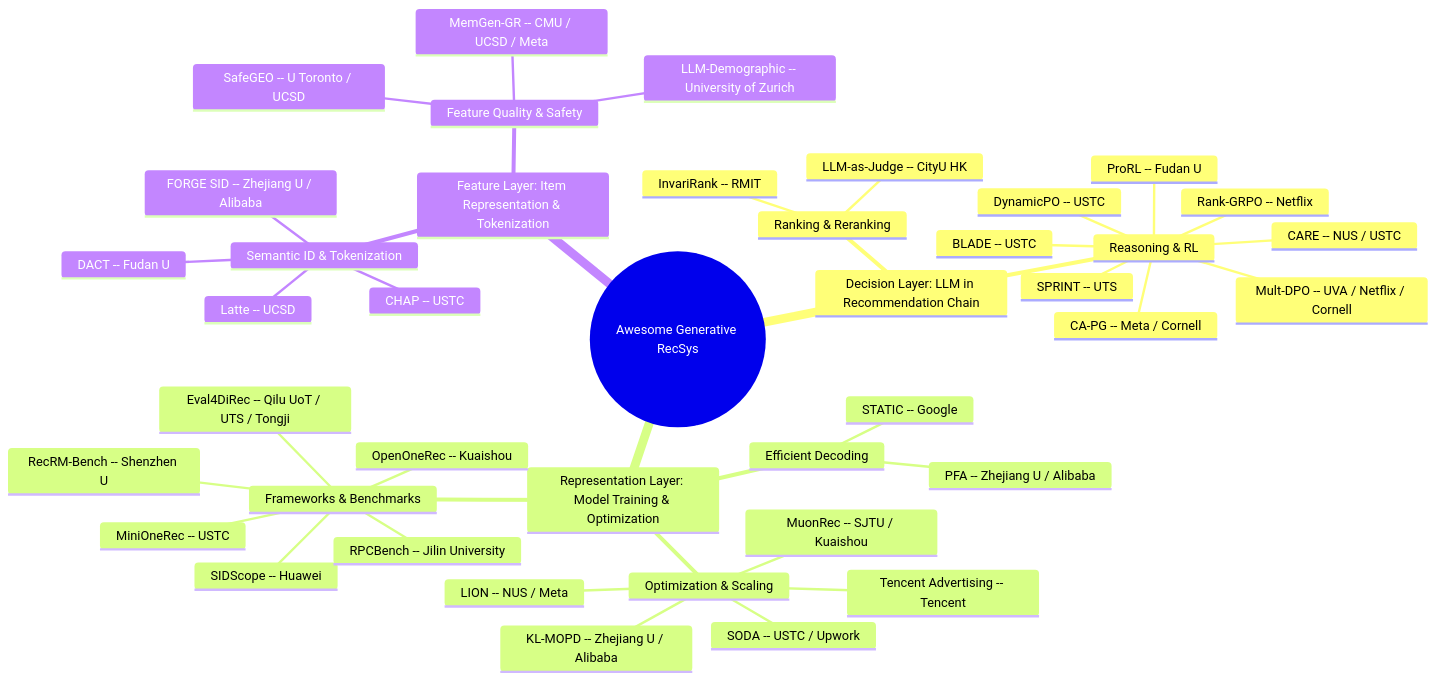
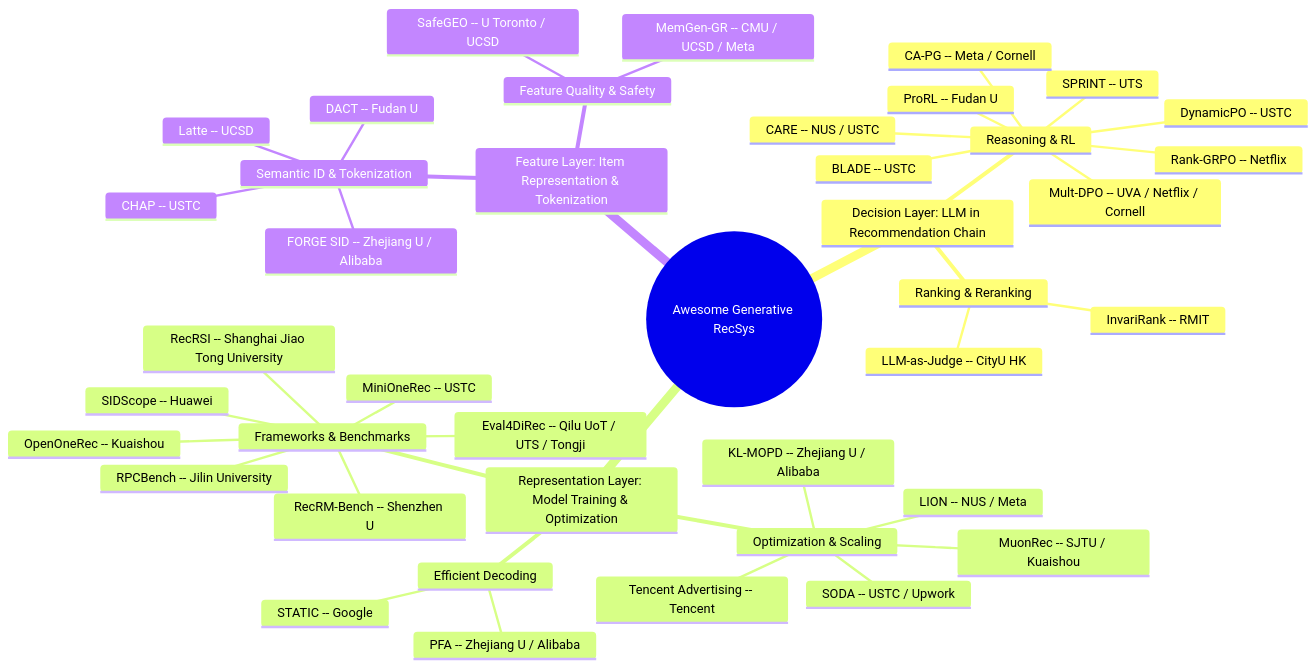
The diagram in README.md (HaFred/awesome-generative-recsys), drawn with Mermaid before and after one commit. The commit also changed other lines of this file and 3 other files, not shown here.

Commit message:
opensource: RecRSI mechanism-guided recsys discovery (SJTU, 7/10) + 5 gen-rec papers (Nov 02)

````diff
--- a/README.md
+++ b/README.md
@@ -30,44 +30,44 @@
 ```mermaid
 mindmap
   root((Awesome Generative RecSys))
     Decision Layer: LLM in Recommendation Chain
       Reasoning & RL
         Rank-GRPO -- Netflix
         DynamicPO -- USTC
         BLADE -- USTC
         SPRINT -- UTS
         CARE -- NUS / USTC
         Mult-DPO -- UVA / Netflix / Cornell
         CA-PG -- Meta / Cornell
         ProRL -- Fudan U
       Ranking & Reranking
         InvariRank -- RMIT
         LLM-as-Judge -- CityU HK
     Representation Layer: Model Training & Optimization
       Frameworks & Benchmarks
         MiniOneRec -- USTC
         OpenOneRec -- Kuaishou
         RecRM-Bench -- Shenzhen U
         SIDScope -- Huawei
         RPCBench -- Jilin University
         Eval4DiRec -- Qilu UoT / UTS / Tongji
+        RecRSI -- Shanghai Jiao Tong University
       Efficient Decoding
         STATIC -- Google
         PFA -- Zhejiang U / Alibaba
       Optimization & Scaling
         MuonRec -- SJTU / Kuaishou
         Tencent Advertising -- Tencent
         LION -- NUS / Meta
         KL-MOPD -- Zhejiang U / Alibaba
         SODA -- USTC / Upwork
     Feature Layer: Item Representation & Tokenization
       Semantic ID & Tokenization
         Latte -- UCSD
         FORGE SID -- Zhejiang U / Alibaba
         DACT -- Fudan U
         CHAP -- USTC
       Feature Quality & Safety
         SafeGEO -- U Toronto / UCSD
         MemGen-GR -- CMU / UCSD / Meta
-        LLM-Demographic -- University of Zurich
 ```
````
